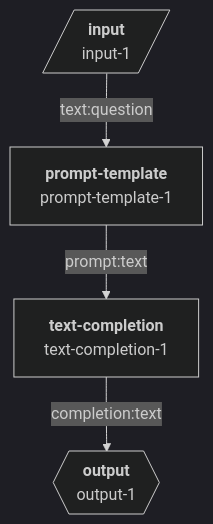
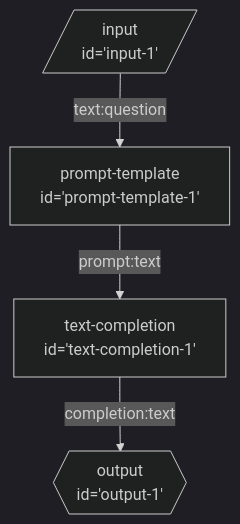
Before and after one commit to breadboard-ai/breadboard: the diagram in seeds/graph-playground/docs/graphs/simple-prompt.md, drawn with Mermaid (dark theme). The commit also changed 11 other files, not shown here.

First line of the commit message:
[graph-playground] A bit more style tweaking.

````diff
--- a/seeds/graph-playground/docs/graphs/simple-prompt.md
+++ b/seeds/graph-playground/docs/graphs/simple-prompt.md
@@ -4,12 +4,12 @@
 ```mermaid
 graph TD;
-input-1[/"`**input**
-input-1`"/]:::input -- text:question --> prompt-template-1["`**prompt-template**
-prompt-template-1`"]
-prompt-template-1["`**prompt-template**
-prompt-template-1`"] -- prompt:text --> text-completion-1["`**text-completion**
-text-completion-1`"]
-text-completion-1["`**text-completion**
-text-completion-1`"] -- completion:text --> output-1{{"`**output**
-output-1`"}}:::output
+input-1[/"input
+id='input-1'"/]:::input -- text:question --> prompt-template-1["prompt-template
+id='prompt-template-1'"]
+prompt-template-1["prompt-template
+id='prompt-template-1'"] -- prompt:text --> text-completion-1["text-completion
+id='text-completion-1'"]
+text-completion-1["text-completion
+id='text-completion-1'"] -- completion:text --> output-1{{"output
+id='output-1'"}}:::output
 ```
````
